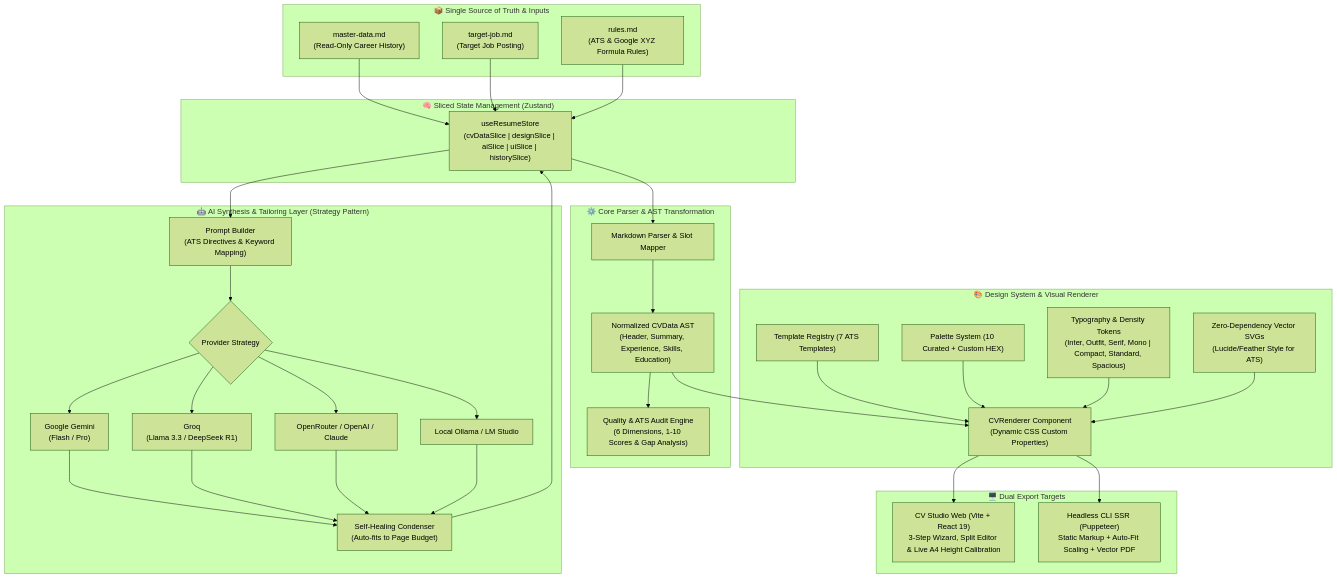
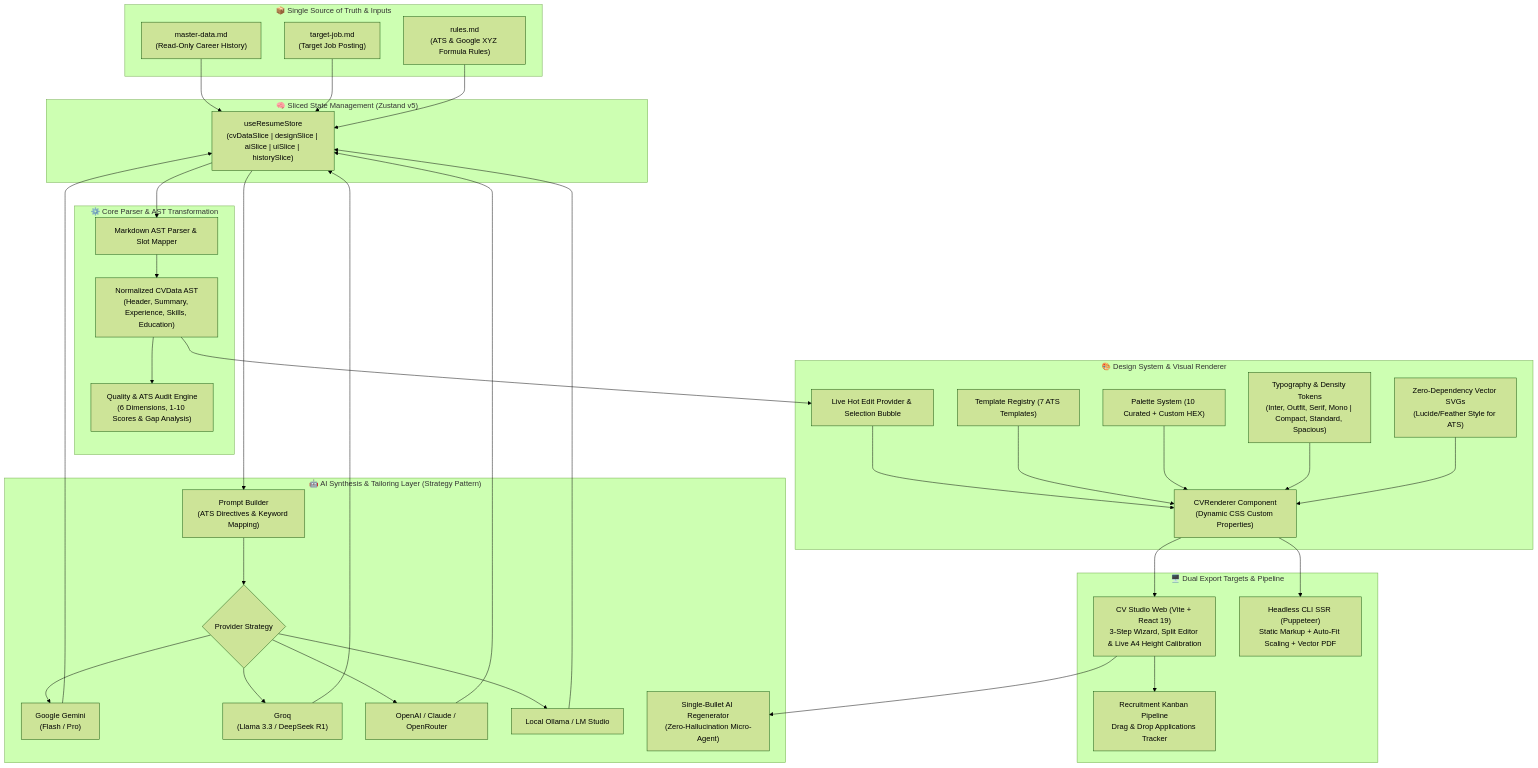
One commit to dann95moz/customs-CVs changed the diagram in README.md. Above: the diagram before and after it, drawn with Mermaid (forest theme). The commit also changed other lines of this file, not shown here.

````diff
--- a/README.md
+++ b/README.md
@@ -13,55 +57,59 @@
 ```mermaid
 flowchart TB
     subgraph SSOT["📦 Single Source of Truth & Inputs"]
         MD["master-data.md<br>(Read-Only Career History)"]
         TJ["target-job.md<br>(Target Job Posting)"]
         RL["rules.md<br>(ATS & Google XYZ Formula Rules)"]
     end
 
-    subgraph STATE["🧠 Sliced State Management (Zustand)"]
+    subgraph STATE["🧠 Sliced State Management (Zustand v5)"]
         STORE["useResumeStore<br>(cvDataSlice | designSlice | aiSlice | uiSlice | historySlice)"]
     end
 
     subgraph AI["🤖 AI Synthesis & Tailoring Layer (Strategy Pattern)"]
         PB["Prompt Builder<br>(ATS Directives & Keyword Mapping)"]
         STRAT{"Provider Strategy"}
         GEM["Google Gemini<br>(Flash / Pro)"]
         GROQ["Groq<br>(Llama 3.3 / DeepSeek R1)"]
-        OAI["OpenRouter / OpenAI / Claude"]
+        OAI["OpenAI / Claude / OpenRouter"]
         OLLAMA["Local Ollama / LM Studio"]
-        COND["Self-Healing Condenser<br>(Auto-fits to Page Budget)"]
+        REGEN["Single-Bullet AI Regenerator<br>(Zero-Hallucination Micro-Agent)"]
     end
 
     subgraph CORE["⚙️ Core Parser & AST Transformation"]
-        PARSER["Markdown Parser & Slot Mapper"]
+        PARSER["Markdown AST Parser & Slot Mapper"]
         CVAST["Normalized CVData AST<br>(Header, Summary, Experience, Skills, Education)"]
         AUDIT["Quality & ATS Audit Engine<br>(6 Dimensions, 1-10 Scores & Gap Analysis)"]
     end
 
     subgraph RENDER["🎨 Design System & Visual Renderer"]
         REGISTRY["Template Registry (7 ATS Templates)"]
         PALETTES["Palette System (10 Curated + Custom HEX)"]
         TYPO["Typography & Density Tokens<br>(Inter, Outfit, Serif, Mono | Compact, Standard, Spacious)"]
         ICONS["Zero-Dependency Vector SVGs<br>(Lucide/Feather Style for ATS)"]
+        LIVE["Live Hot Edit Provider & Selection Bubble"]
         CVR["CVRenderer Component<br>(Dynamic CSS Custom Properties)"]
     end
 
-    subgraph TARGETS["🖥️ Dual Export Targets"]
+    subgraph TARGETS["🖥️ Dual Export Targets & Pipeline"]
         STUDIO["CV Studio Web (Vite + React 19)<br>3-Step Wizard, Split Editor & Live A4 Height Calibration"]
+        KANBAN["Recruitment Kanban Pipeline<br>Drag & Drop Applications Tracker"]
         PUPPETEER["Headless CLI SSR (Puppeteer)<br>Static Markup + Auto-Fit Scaling + Vector PDF"]
     end
 
     MD & TJ & RL --> STORE
     STORE --> PB
     PB --> STRAT
     STRAT --> GEM & GROQ & OAI & OLLAMA
-    GEM & GROQ & OAI & OLLAMA --> COND
-    COND --> STORE
+    GEM & GROQ & OAI & OLLAMA --> STORE
     STORE --> PARSER
     PARSER --> CVAST
     CVAST --> AUDIT
-    CVAST --> CVR
+    CVAST --> LIVE
+    LIVE --> CVR
     REGISTRY & PALETTES & TYPO & ICONS --> CVR
     CVR --> STUDIO
     CVR --> PUPPETEER
+    STUDIO --> KANBAN
+    STUDIO --> REGEN
 ```
````
